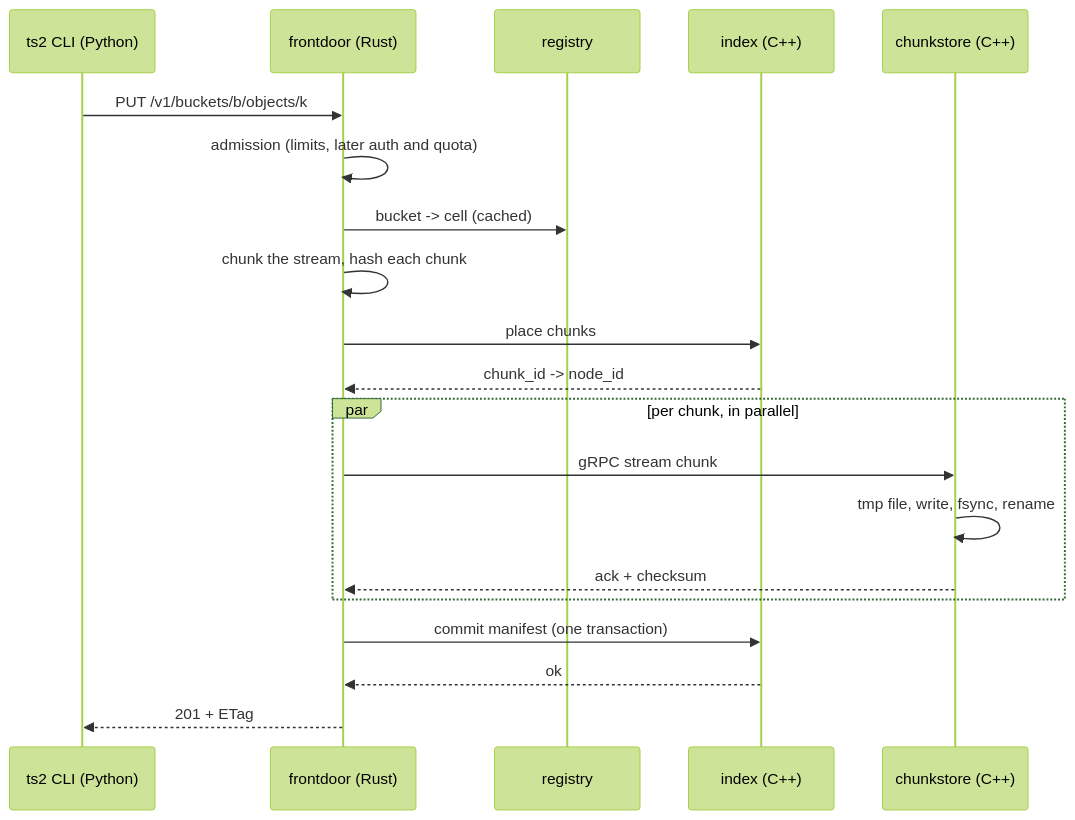
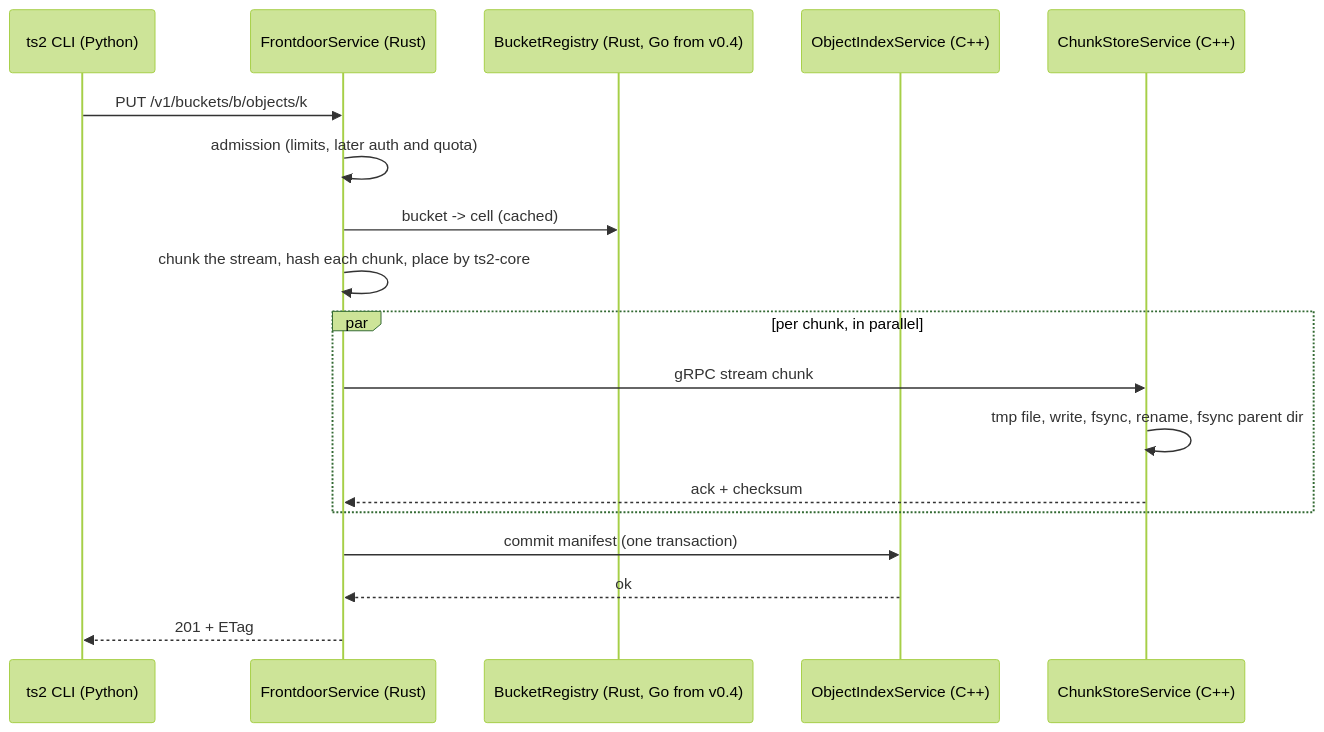
Before and after one commit to pratikSethi/toy-storage-service: the second of 6 diagrams in docs/design/000-system-overview.md, drawn with Mermaid (forest theme). The commit also changed other lines of this file and 18 other files, not shown here.

````diff
--- a/docs/design/000-system-overview.md
+++ b/docs/design/000-system-overview.md
@@ -105,22 +111,20 @@
 ```mermaid
 sequenceDiagram
   participant C as ts2 CLI (Python)
-  participant G as frontdoor (Rust)
-  participant CP as registry
-  participant M as index (C++)
-  participant N as chunkstore (C++)
+  participant G as FrontdoorService (Rust)
+  participant R as BucketRegistry (Rust, Go from v0.4)
+  participant M as ObjectIndexService (C++)
+  participant N as ChunkStoreService (C++)
   C->>G: PUT /v1/buckets/b/objects/k
   G->>G: admission (limits, later auth and quota)
-  G->>CP: bucket -> cell (cached)
-  G->>G: chunk the stream, hash each chunk
-  G->>M: place chunks
-  M-->>G: chunk_id -> node_id
+  G->>R: bucket -> cell (cached)
+  G->>G: chunk the stream, hash each chunk, place by ts2-core
   par per chunk, in parallel
     G->>N: gRPC stream chunk
-    N->>N: tmp file, write, fsync, rename
+    N->>N: tmp file, write, fsync, rename, fsync parent dir
     N-->>G: ack + checksum
   end
   G->>M: commit manifest (one transaction)
   M-->>G: ok
   G-->>C: 201 + ETag
 ```
````
